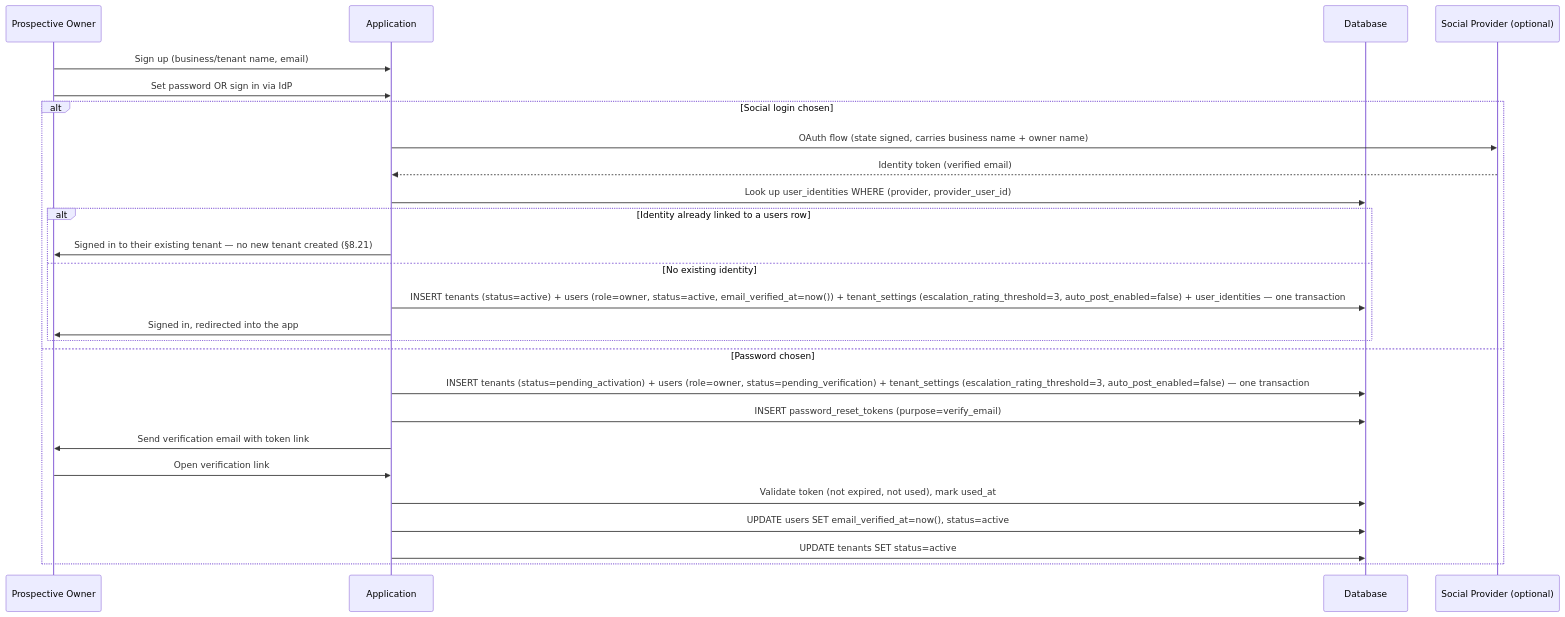
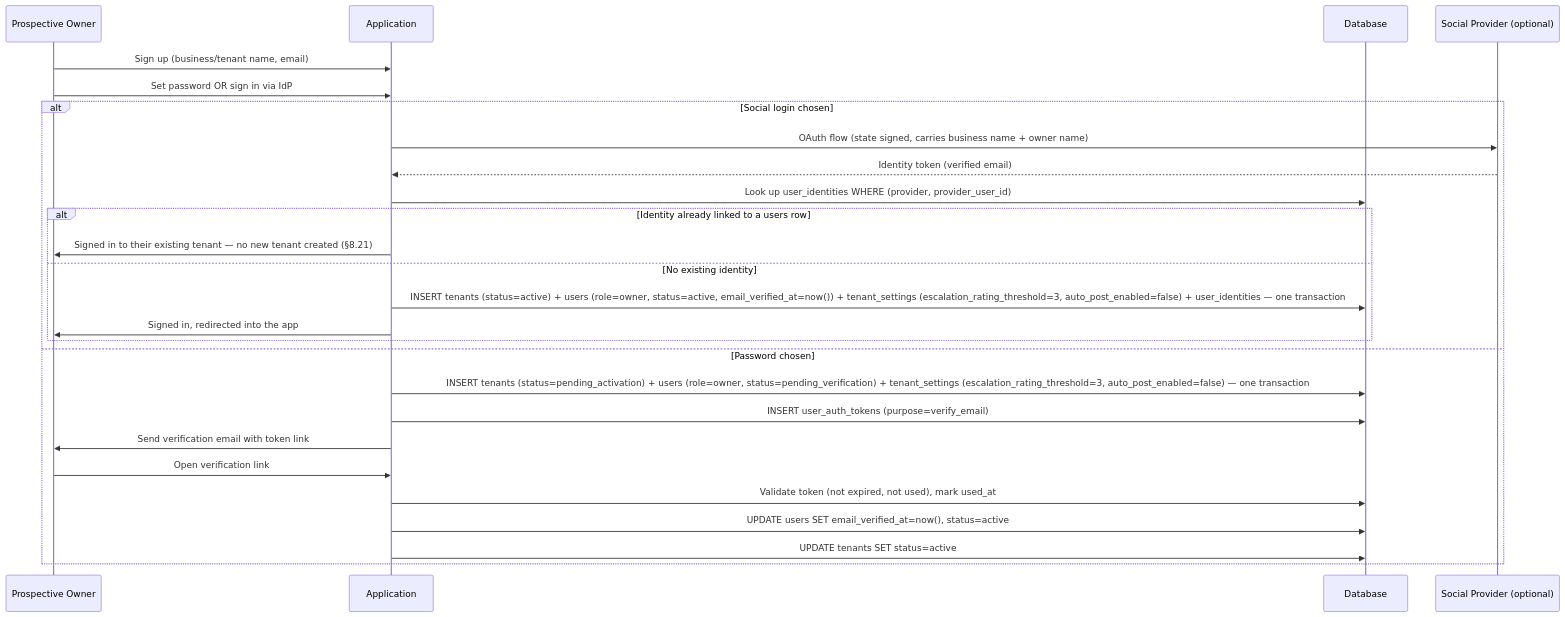
The fifth of 10 diagrams in apps/backend/docs/PLAN.md (pranjalgain/innopeak), drawn with Mermaid before and after one commit. The commit also changed other lines of this file and 126 other files, not shown here.

````diff
--- a/apps/backend/docs/PLAN.md
+++ b/apps/backend/docs/PLAN.md
@@ -474,30 +474,30 @@
 ```mermaid
 sequenceDiagram
     participant Owner as Prospective Owner
     participant App as Application
     participant DB as Database
     participant IdP as Social Provider (optional)
 
     Owner->>App: Sign up (business/tenant name, email)
     Owner->>App: Set password OR sign in via IdP
     alt Social login chosen
         App->>IdP: OAuth flow (state signed, carries business name + owner name)
         IdP-->>App: Identity token (verified email)
         App->>DB: Look up user_identities WHERE (provider, provider_user_id)
         alt Identity already linked to a users row
             App->>Owner: Signed in to their existing tenant — no new tenant created (§8.21)
         else No existing identity
             App->>DB: INSERT tenants (status=active) + users (role=owner, status=active, email_verified_at=now()) + tenant_settings (escalation_rating_threshold=3, auto_post_enabled=false) + user_identities — one transaction
             App->>Owner: Signed in, redirected into the app
         end
     else Password chosen
         App->>DB: INSERT tenants (status=pending_activation) + users (role=owner, status=pending_verification) + tenant_settings (escalation_rating_threshold=3, auto_post_enabled=false) — one transaction
-        App->>DB: INSERT password_reset_tokens (purpose=verify_email)
+        App->>DB: INSERT user_auth_tokens (purpose=verify_email)
         App->>Owner: Send verification email with token link
 
         Owner->>App: Open verification link
         App->>DB: Validate token (not expired, not used), mark used_at
         App->>DB: UPDATE users SET email_verified_at=now(), status=active
         App->>DB: UPDATE tenants SET status=active
     end
 ```
````
